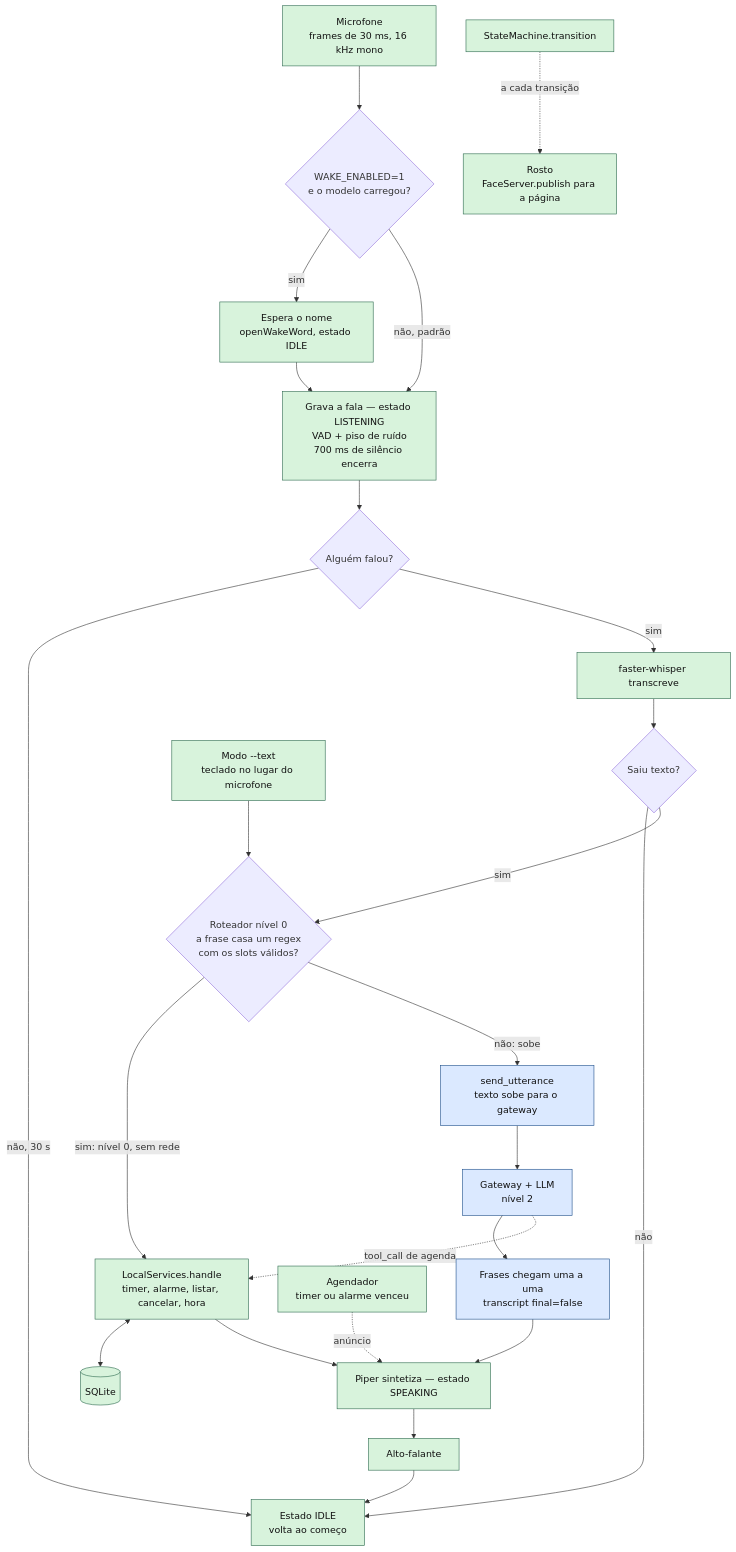
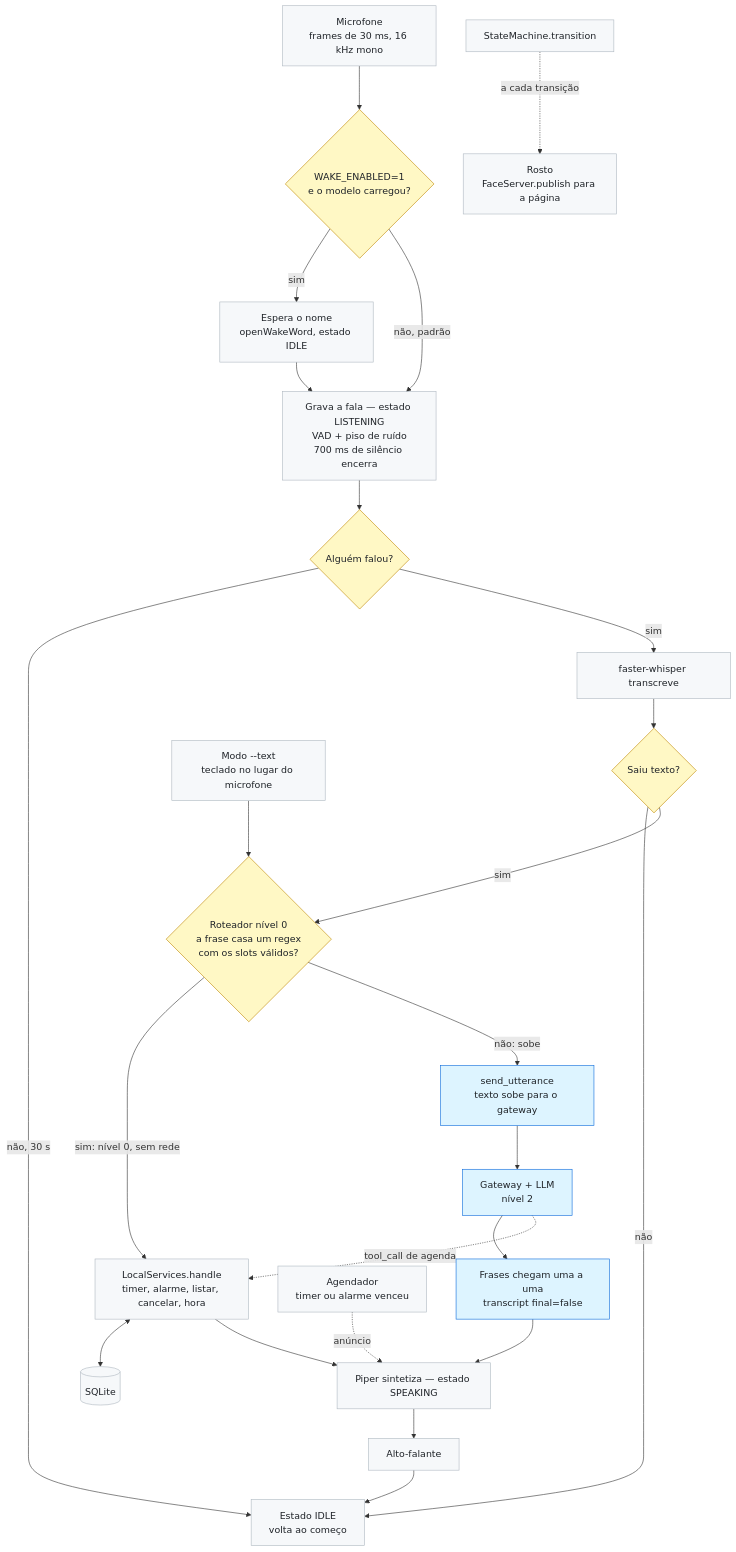
One commit to Ideraldo/Self-hosted-voice-assistant changed the first of 6 diagrams in docs/arquitetura.md. Above: the diagram before and after it, drawn with Mermaid. The commit also changed other lines of this file and 35 other files, not shown here.

````diff
--- a/docs/arquitetura.md
+++ b/docs/arquitetura.md
@@ -155,46 +131,47 @@
 ```mermaid
 flowchart TD
     MIC["Microfone<br/>frames de 30 ms, 16 kHz mono"]
     WAKEON{"WAKE_ENABLED=1<br/>e o modelo carregou?"}
     WAKE["Espera o nome<br/>openWakeWord, estado IDLE"]
     VAD["Grava a fala — estado LISTENING<br/>VAD + piso de ruído<br/>700 ms de silêncio encerra"]
     VAZIO{"Alguém falou?"}
     STT["faster-whisper transcreve"]
     TEXTO{"Saiu texto?"}
     TECLADO["Modo --text<br/>teclado no lugar do microfone"]
     ROUTER{"Roteador nível 0<br/>a frase casa um regex<br/>com os slots válidos?"}
     LOCAL["LocalServices.handle<br/>timer, alarme, listar, cancelar, hora"]
     DB[("SQLite")]
     SOBE["send_utterance<br/>texto sobe para o gateway"]
     GW["Gateway + LLM<br/>nível 2"]
     FRASES["Frases chegam uma a uma<br/>transcript final=false"]
     TTS["Piper sintetiza — estado SPEAKING"]
     SPK["Alto-falante"]
     IDLE["Estado IDLE<br/>volta ao começo"]
     AGENDA["Agendador<br/>timer ou alarme venceu"]
     SM["StateMachine.transition"]
     FACE["Rosto<br/>FaceServer.publish para a página"]
 
     MIC --> WAKEON
     WAKEON -->|"sim"| WAKE --> VAD
     WAKEON -->|"não, padrão"| VAD
     VAD --> VAZIO
     VAZIO -->|"não, 30 s"| IDLE
     VAZIO -->|"sim"| STT --> TEXTO
     TEXTO -->|"não"| IDLE
     TEXTO -->|"sim"| ROUTER
     TECLADO --> ROUTER
     ROUTER -->|"sim: nível 0, sem rede"| LOCAL
     LOCAL <--> DB
     LOCAL --> TTS
     ROUTER -->|"não: sobe"| SOBE --> GW --> FRASES --> TTS
     GW -.->|"tool_call de agenda"| LOCAL
     AGENDA -.->|"anúncio"| TTS
     TTS --> SPK --> IDLE
     SM -.->|"a cada transição"| FACE
 
-    classDef local fill:#d8f3dc,stroke:#2d6a4f,color:#111
-    classDef servidor fill:#dbe9ff,stroke:#1d4e89,color:#111
-    class MIC,WAKE,VAD,STT,TECLADO,LOCAL,DB,TTS,SPK,IDLE,AGENDA,SM,FACE local
-    class SOBE,GW,FRASES servidor
+    classDef default fill:#f6f8fa,stroke:#afb8c1,color:#1f2328
+    classDef decisao fill:#fff8c5,stroke:#bf8700,color:#1f2328
+    classDef rede fill:#ddf4ff,stroke:#0969da,color:#1f2328
+    class WAKEON,VAZIO,TEXTO,ROUTER decisao
+    class SOBE,GW,FRASES rede
 ```
````
